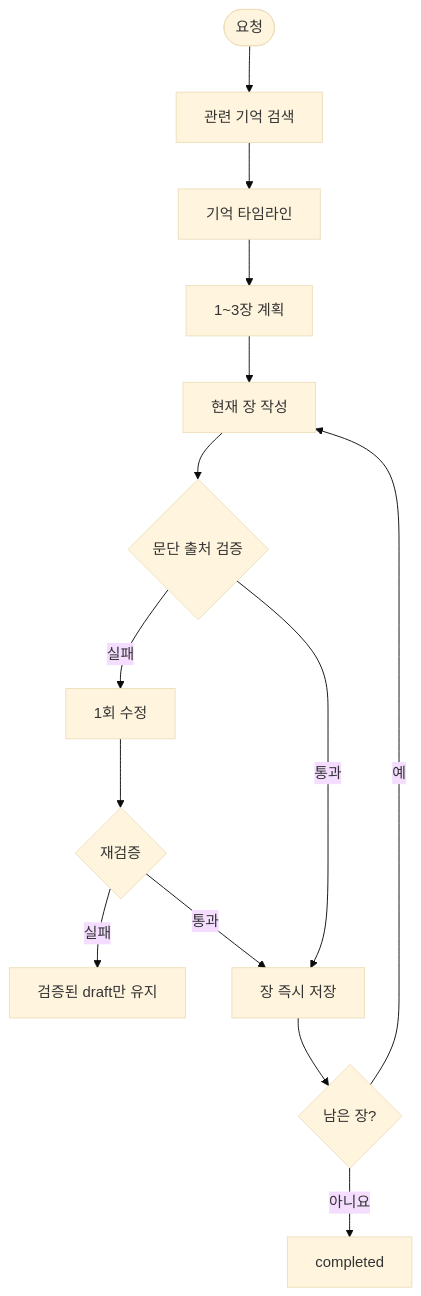
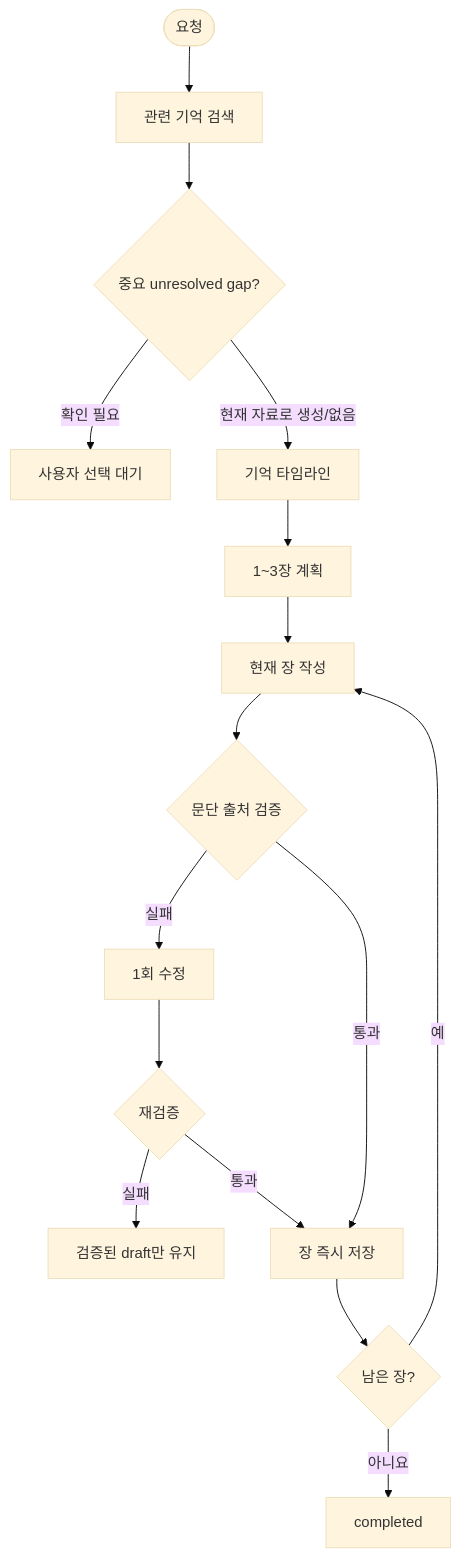
Before and after one commit to nnieun/life-archive-ai: the sixth of 7 diagrams in docs/ARCHITECTURE.md, drawn with Mermaid (base theme). The commit also changed other lines of this file and 8 other files, not shown here.

````diff
--- a/docs/ARCHITECTURE.md
+++ b/docs/ARCHITECTURE.md
@@ -119,16 +151,18 @@
 ```mermaid
 flowchart TD
     START([요청]) --> RETRIEVE[관련 기억 검색]
-    RETRIEVE --> TIMELINE[기억 타임라인]
+    RETRIEVE --> GAP{중요 unresolved gap?}
+    GAP -- 확인 필요 --> STOPGAP[사용자 선택 대기]
+    GAP -- 현재 자료로 생성/없음 --> TIMELINE[기억 타임라인]
     TIMELINE --> PLAN[1~3장 계획]
     PLAN --> WRITE[현재 장 작성]
     WRITE --> VERIFY{문단 출처 검증}
     VERIFY -- 실패 --> REVISE[1회 수정]
     REVISE --> VERIFY2{재검증}
     VERIFY2 -- 실패 --> STOP[검증된 draft만 유지]
     VERIFY -- 통과 --> SAVE[장 즉시 저장]
     VERIFY2 -- 통과 --> SAVE
     SAVE --> NEXT{남은 장?}
     NEXT -- 예 --> WRITE
     NEXT -- 아니요 --> COMPLETE[completed]
 ```
````
